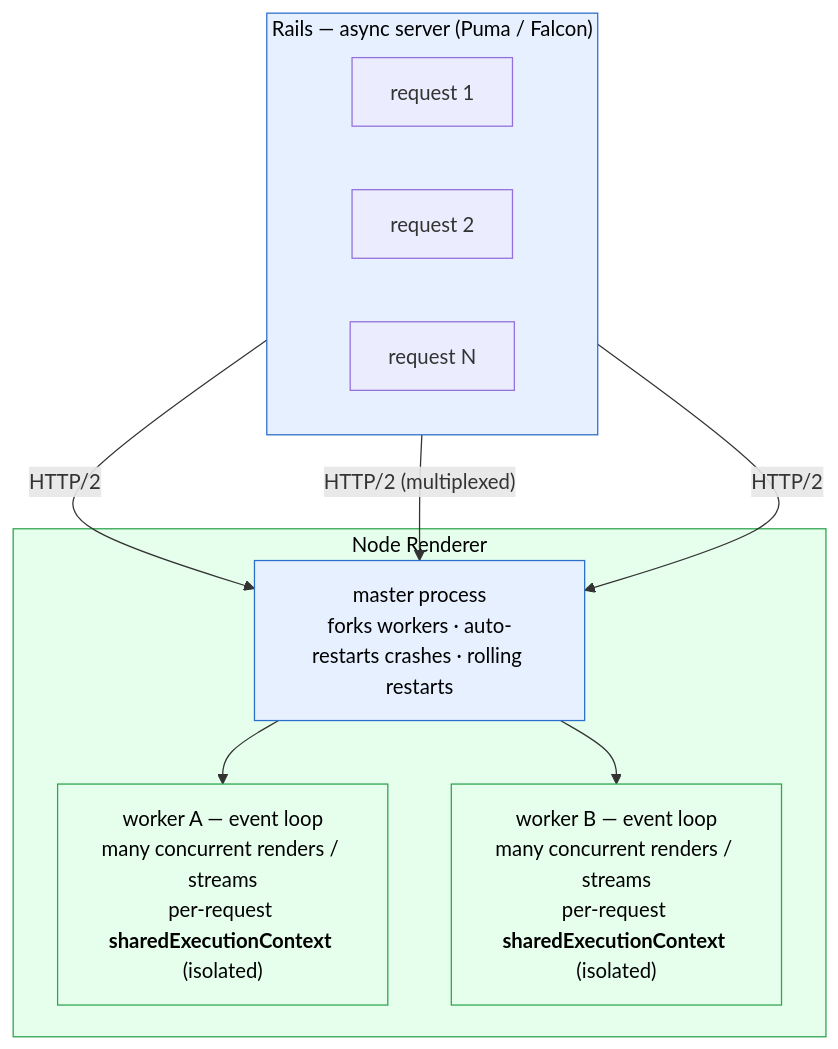
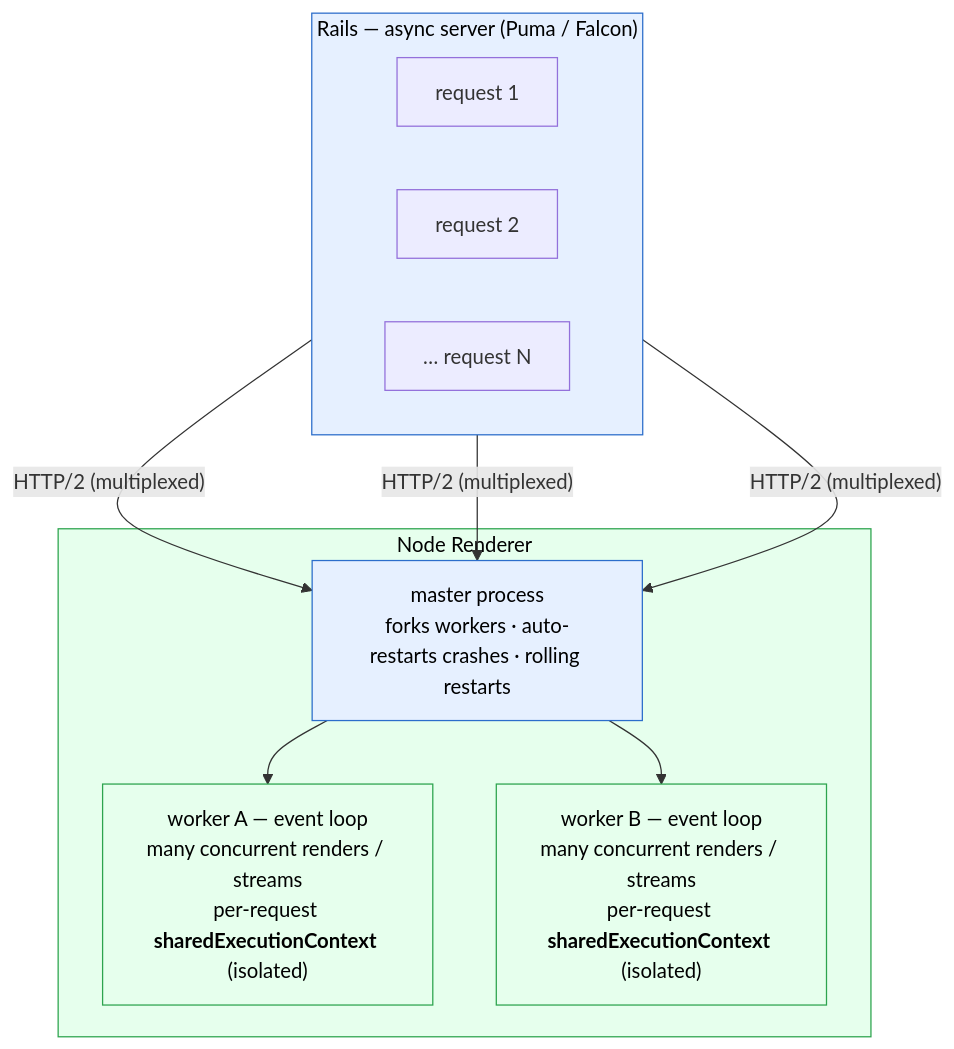
Before and after one commit to shakacode/react_on_rails: the second of 5 diagrams in docs/pro/node-renderer.md, drawn with Mermaid. The commit also changed other lines of this file and 2 other files, not shown here.

Commit message:
Address final docs diagram review notes

````diff
--- a/docs/pro/node-renderer.md
+++ b/docs/pro/node-renderer.md
@@ -66,22 +66,22 @@
 ```mermaid
 flowchart TB
     subgraph Rails["Rails — async server (Puma / Falcon)"]
         direction LR
         Req1["request 1"]
         Req2["request 2"]
-        Req3["request N"]
+        Req3["… request N"]
     end
-    Req1 -- "HTTP/2" --> Master
+    Req1 -- "HTTP/2 (multiplexed)" --> Master
     Req2 -- "HTTP/2 (multiplexed)" --> Master
-    Req3 -- "HTTP/2" --> Master
+    Req3 -- "HTTP/2 (multiplexed)" --> Master
     subgraph Renderer["Node Renderer"]
         Master["master process<br/>forks workers · auto-restarts crashes · rolling restarts"]
         Master --> WA["worker A — event loop<br/>many concurrent renders / streams<br/>per-request <b>sharedExecutionContext</b> (isolated)"]
         Master --> WB["worker B — event loop<br/>many concurrent renders / streams<br/>per-request <b>sharedExecutionContext</b> (isolated)"]
     end
     style Rails fill:#e6f0ff,stroke:#2c6ecb,color:#000
     style Renderer fill:#e6ffed,stroke:#2da44e,color:#000
     style Master fill:#e6f0ff,stroke:#2c6ecb,color:#000
     style WA fill:#e6ffed,stroke:#2da44e,color:#000
     style WB fill:#e6ffed,stroke:#2da44e,color:#000
 ```
````
